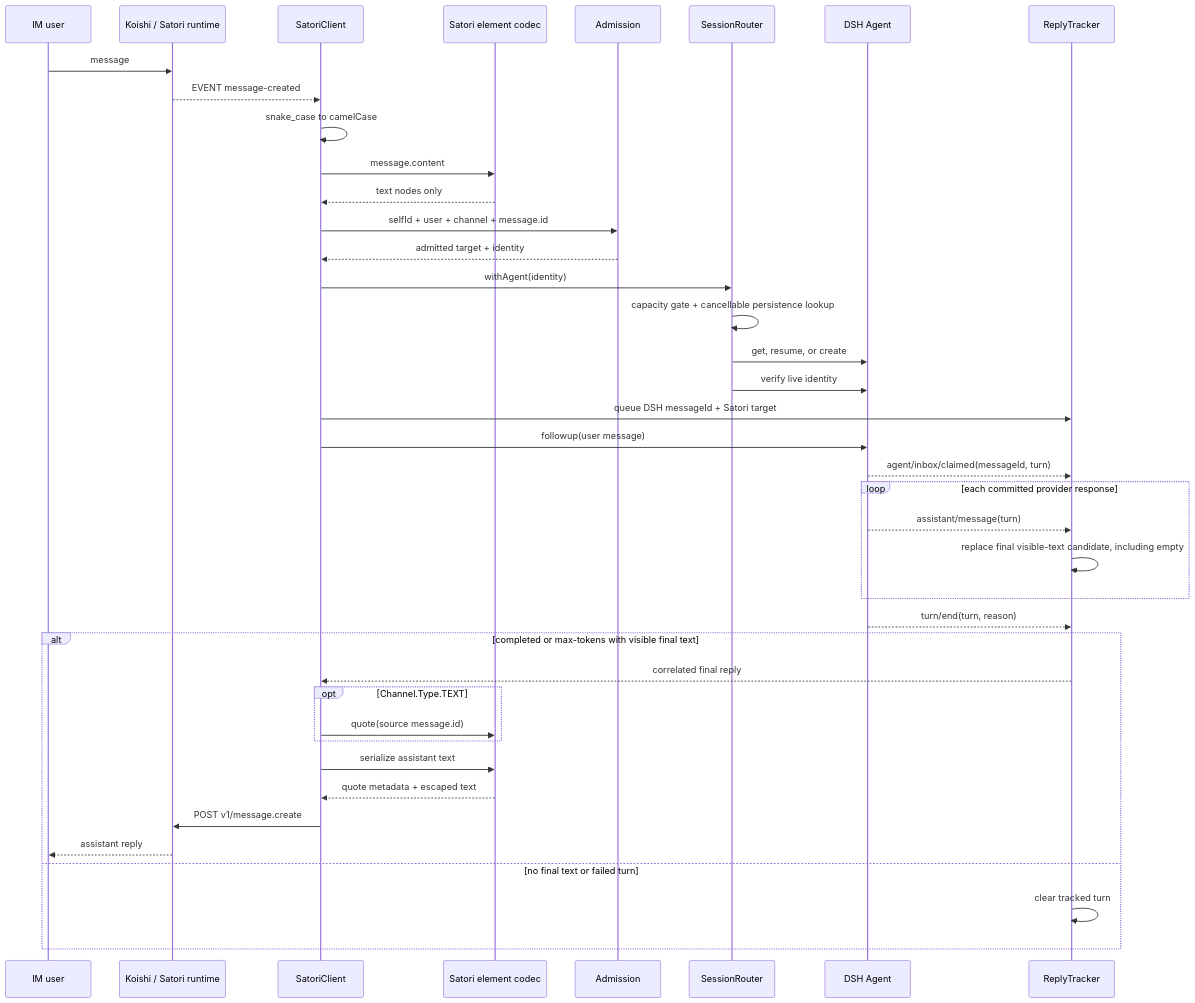
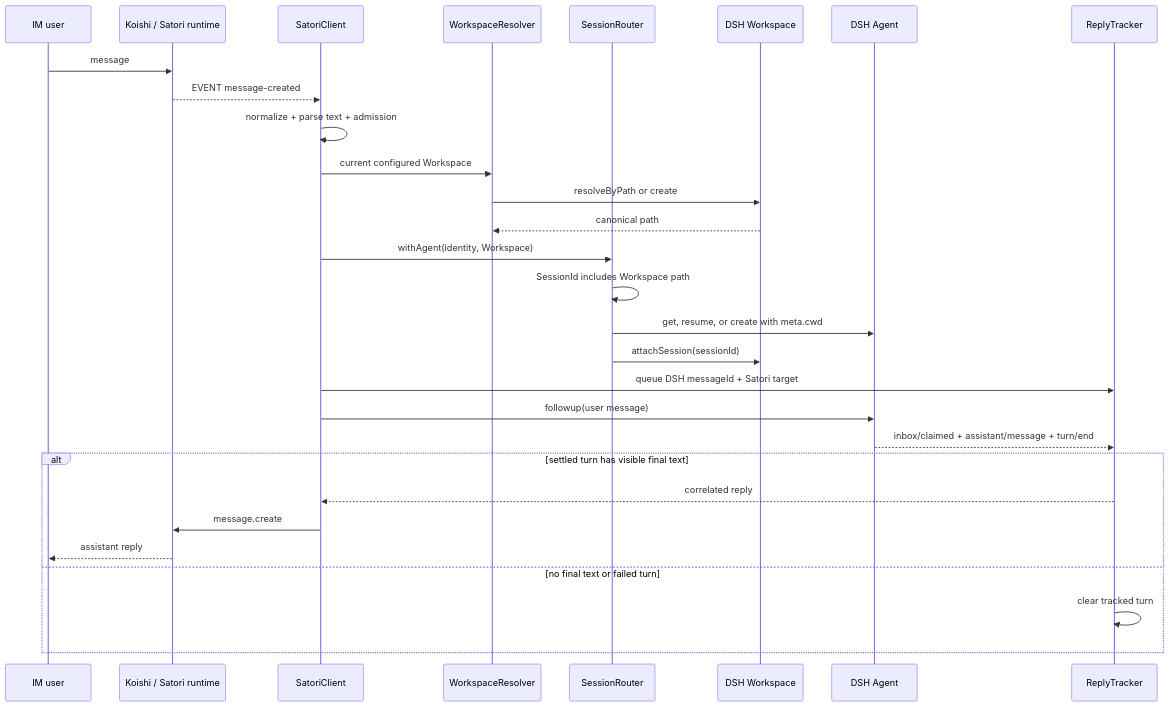
One commit to Ri0n72Y/dsh-satori changed the second of 2 diagrams in docs/data-flow.md. Above: the diagram before and after it, drawn with Mermaid. The commit also changed other lines of this file and 6 other files, not shown here.

Commit message:
docs: document Satori workspace configuration

````diff
--- a/docs/data-flow.md
+++ b/docs/data-flow.md
@@ -3,43 +30,32 @@
 ```mermaid
 sequenceDiagram
     participant U as IM user
     participant S as Koishi / Satori runtime
     participant C as SatoriClient
-    participant E as Satori element codec
-    participant G as Admission
+    participant W as WorkspaceResolver
     participant R as SessionRouter
+    participant D as DSH Workspace
     participant A as DSH Agent
     participant T as ReplyTracker
 
     U->>S: message
     S-->>C: EVENT message-created
-    C->>C: snake_case to camelCase
-    C->>E: message.content
-    E-->>C: text nodes only
-    C->>G: selfId + user + channel + message.id
-    G-->>C: admitted target + identity
-    C->>R: withAgent(identity)
-    R->>R: capacity gate + cancellable persistence lookup
-    R->>A: get, resume, or create
-    R->>A: verify live identity
+    C->>C: normalize + parse text + admission
+    C->>W: current configured Workspace
+    W->>D: resolveByPath or create
+    D-->>W: canonical path
+    C->>R: withAgent(identity, Workspace)
+    R->>R: SessionId includes Workspace path
+    R->>A: get, resume, or create with meta.cwd
+    R->>D: attachSession(sessionId)
     C->>T: queue DSH messageId + Satori target
     C->>A: followup(user message)
-    A-->>T: agent/inbox/claimed(messageId, turn)
-    loop each committed provider response
-        A-->>T: assistant/message(turn)
-        T->>T: replace final visible-text candidate, including empty
-    end
-    A-->>T: turn/end(turn, reason)
-    alt completed or max-tokens with visible final text
-        T-->>C: correlated final reply
-        opt Channel.Type.TEXT
-            C->>E: quote(source message.id)
-        end
-        C->>E: serialize assistant text
-        E-->>C: quote metadata + escaped text
-        C->>S: POST v1/message.create
+    A-->>T: inbox/claimed + assistant/message + turn/end
+    alt settled turn has visible final text
+        T-->>C: correlated reply
+        C->>S: message.create
         S-->>U: assistant reply
     else no final text or failed turn
         T->>T: clear tracked turn
     end
 ```
````
